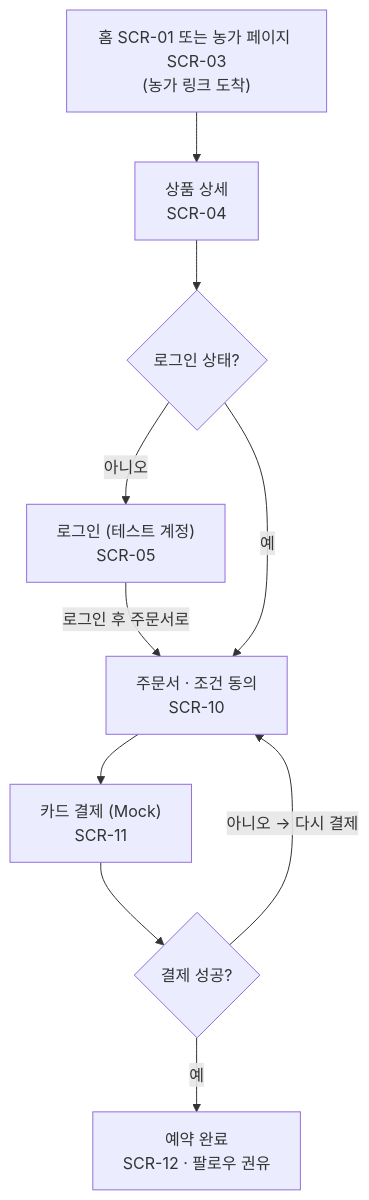
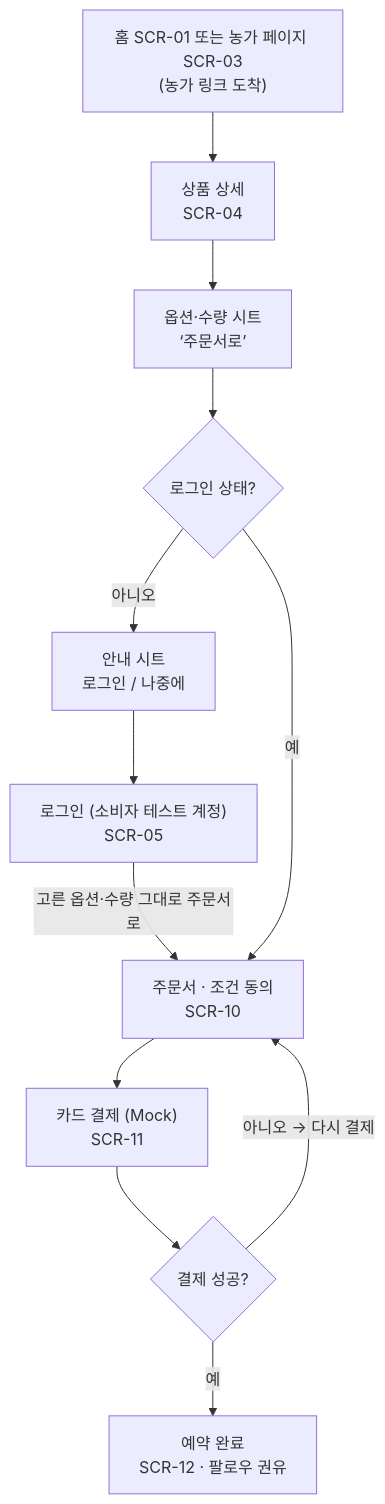
The fourth of 4 diagrams in docs/spec/ia.md (snuhcs-course/swpp-2026-project-team-06), drawn with Mermaid before and after one commit. The commit also changed other lines of this file, not shown here.

Commit message:
docs(spec): IA 0.4 — 앱별 로그인, 하위 화면·403·정지 안내, IA-Q4 변경 (SWPP-81)

````diff
--- a/docs/spec/ia.md
+++ b/docs/spec/ia.md
@@ -222,9 +238,9 @@
 ```mermaid
 flowchart TD
-  fp["홈 SCR-01 또는 농가 페이지 SCR-03<br/>(농가 링크 도착)"] --> pd["상품 상세<br/>SCR-04"] --> d1{"로그인 상태?"}
-  d1 -- 아니오 --> lg["로그인 (테스트 계정)<br/>SCR-05"]
-  lg -- 로그인 후 주문서로 --> co
+  fp["홈 SCR-01 또는 농가 페이지 SCR-03<br/>(농가 링크 도착)"] --> pd["상품 상세<br/>SCR-04"] --> os["옵션·수량 시트<br/>‘주문서로’"] --> d1{"로그인 상태?"}
+  d1 -- 아니오 --> gate["안내 시트<br/>로그인 / 나중에"] --> lg["로그인 (소비자 테스트 계정)<br/>SCR-05"]
+  lg -- 고른 옵션·수량 그대로 주문서로 --> co
   d1 -- 예 --> co["주문서 · 조건 동의<br/>SCR-10"] --> py["카드 결제 (Mock)<br/>SCR-11"] --> d2{"결제 성공?"}
   d2 -- 아니오 → 다시 결제 --> co
   d2 -- 예 --> dn["예약 완료<br/>SCR-12 · 팔로우 권유"]
 ```
````
